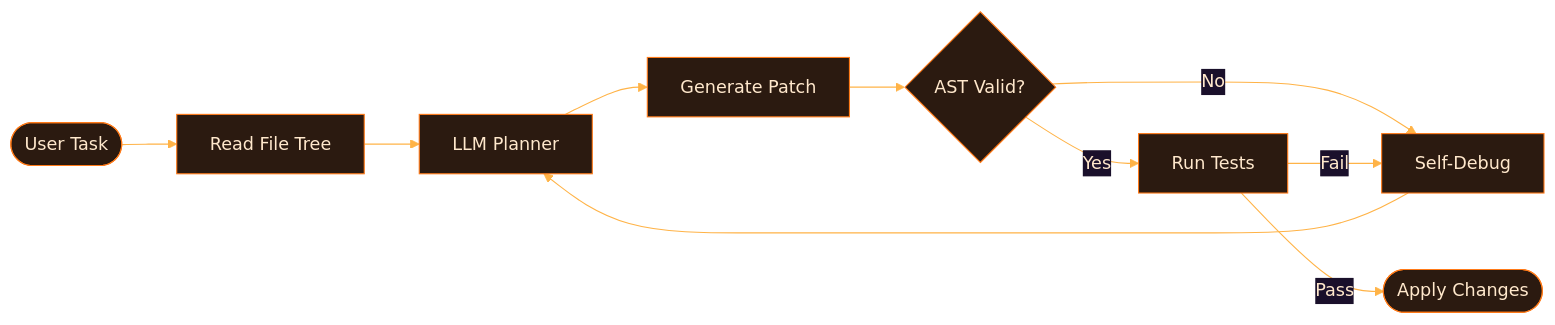
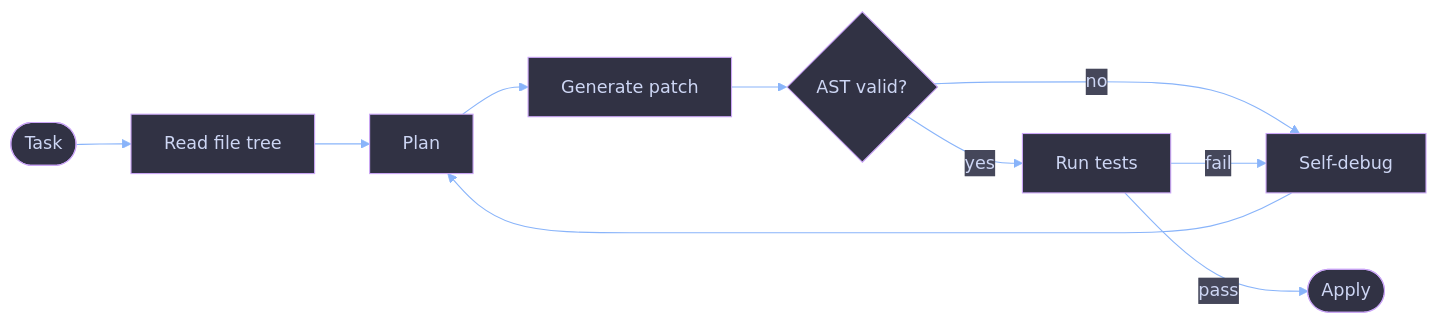
The diagram in README.md (M-Awais-11/M-Awais-11), drawn with Mermaid before and after one commit. The commit also changed other lines of this file, not shown here.

````diff
--- a/README.md
+++ b/README.md
@@ -96,13 +129,13 @@
 ```mermaid
-%%{init: {'theme':'base','themeVariables':{'primaryColor':'#2b1a10','primaryTextColor':'#FFE8CC','primaryBorderColor':'#FF7A18','lineColor':'#FFB347'}}}%%
+%%{init: {'theme':'base','themeVariables':{'primaryColor':'#313244','primaryTextColor':'#cdd6f4','primaryBorderColor':'#cba6f7','lineColor':'#89b4fa','secondaryColor':'#45475a','tertiaryColor':'#1e1e2e'}}}%%
 flowchart LR
-    A([User Task]) --> B[Read File Tree]
-    B --> C[LLM Planner]
-    C --> D[Generate Patch]
-    D --> E{AST Valid?}
-    E -- No --> F[Self-Debug]
+    A([Task]) --> B[Read file tree]
+    B --> C[Plan]
+    C --> D[Generate patch]
+    D --> E{AST valid?}
+    E -- no --> F[Self-debug]
     F --> C
-    E -- Yes --> G[Run Tests]
-    G -- Fail --> F
-    G -- Pass --> H([Apply Changes])
+    E -- yes --> G[Run tests]
+    G -- fail --> F
+    G -- pass --> H([Apply])
 ```
````
